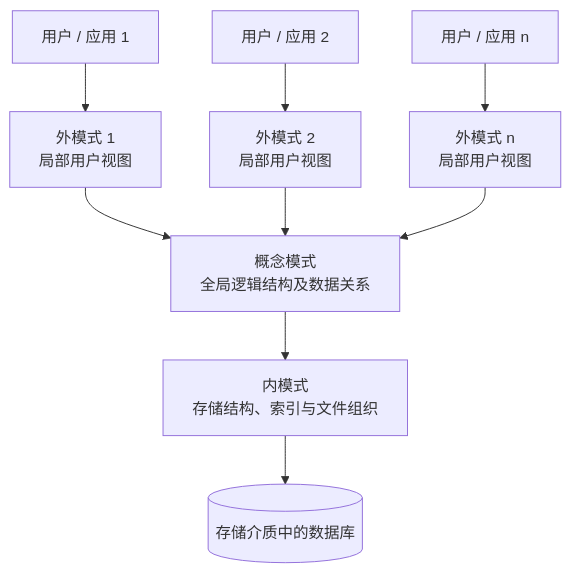
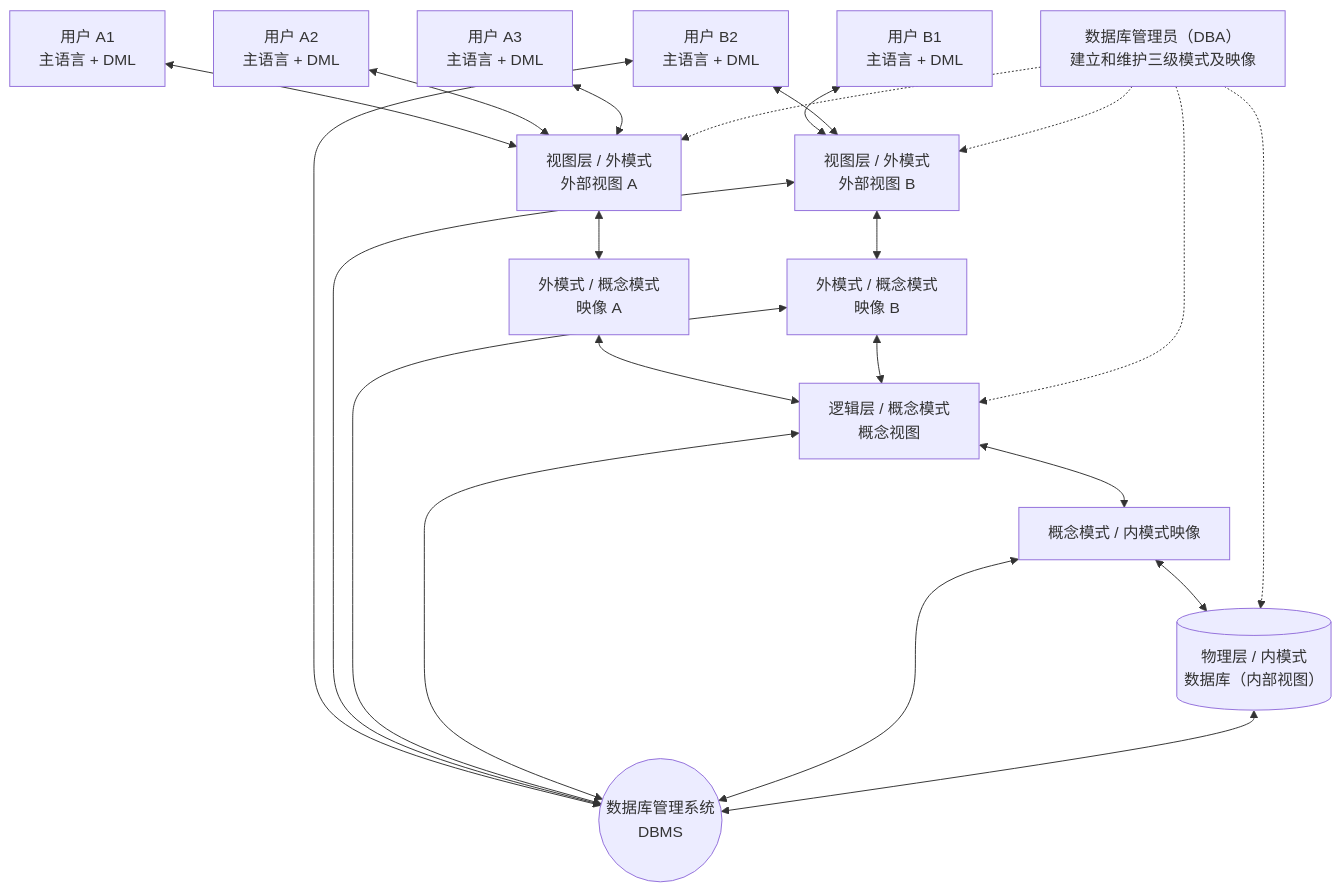
The diagram in 01.系统架构设计师教材-清洗版/第06章-数据库设计基础知识.md (YoungHong1992/ruankao-senior-architecture-designer), drawn with Mermaid before and after one commit. The commit also changed other lines of this file and 14 other files, not shown here.

Commit message:
fix: restore source-backed diagrams and exam variants

````diff
--- a/01.系统架构设计师教材-清洗版/第06章-数据库设计基础知识.md
+++ b/01.系统架构设计师教材-清洗版/第06章-数据库设计基础知识.md
@@ -140,11 +140,43 @@
 ```mermaid
 flowchart TB
-    U1["用户 / 应用 1"] --> E1["外模式 1<br/>局部用户视图"]
-    U2["用户 / 应用 2"] --> E2["外模式 2<br/>局部用户视图"]
-    Un["用户 / 应用 n"] --> En["外模式 n<br/>局部用户视图"]
-    E1 --> C["概念模式<br/>全局逻辑结构及数据关系"]
-    E2 --> C
-    En --> C
-    C --> I["内模式<br/>存储结构、索引与文件组织"]
-    I --> DB[("存储介质中的数据库")]
+    A1["用户 A1<br/>主语言 + DML"]
+    A2["用户 A2<br/>主语言 + DML"]
+    A3["用户 A3<br/>主语言 + DML"]
+    B1["用户 B1<br/>主语言 + DML"]
+    B2["用户 B2<br/>主语言 + DML"]
+
+    EA["视图层 / 外模式<br/>外部视图 A"]
+    EB["视图层 / 外模式<br/>外部视图 B"]
+    MA["外模式 / 概念模式<br/>映像 A"]
+    MB["外模式 / 概念模式<br/>映像 B"]
+    C["逻辑层 / 概念模式<br/>概念视图"]
+    MI["概念模式 / 内模式映像"]
+    DB[("物理层 / 内模式<br/>数据库（内部视图）")]
+    DBMS(("数据库管理系统<br/>DBMS"))
+    DBA["数据库管理员（DBA）<br/>建立和维护三级模式及映像"]
+
+    A1 <--> EA
+    A2 <--> EA
+    A3 <--> EA
+    B1 <--> EB
+    B2 <--> EB
+
+    EA <--> MA
+    MA <--> C
+    EB <--> MB
+    MB <--> C
+    C <--> MI
+    MI <--> DB
+
+    B2 <--> DBMS
+    EB <--> DBMS
+    MB <--> DBMS
+    C <--> DBMS
+    MI <--> DBMS
+    DB <--> DBMS
+
+    DBA -.-> EA
+    DBA -.-> EB
+    DBA -.-> C
+    DBA -.-> DB
 ```
````
